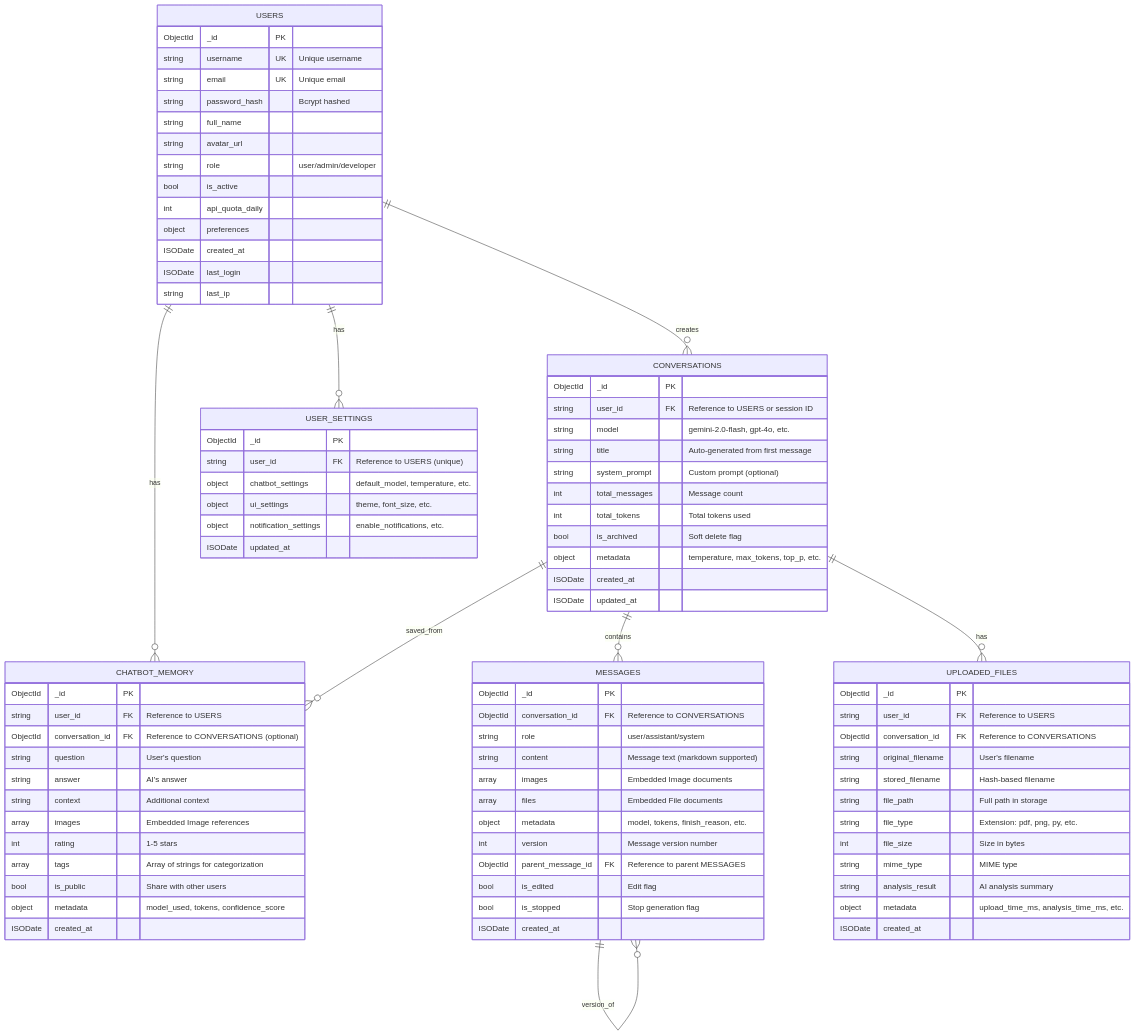
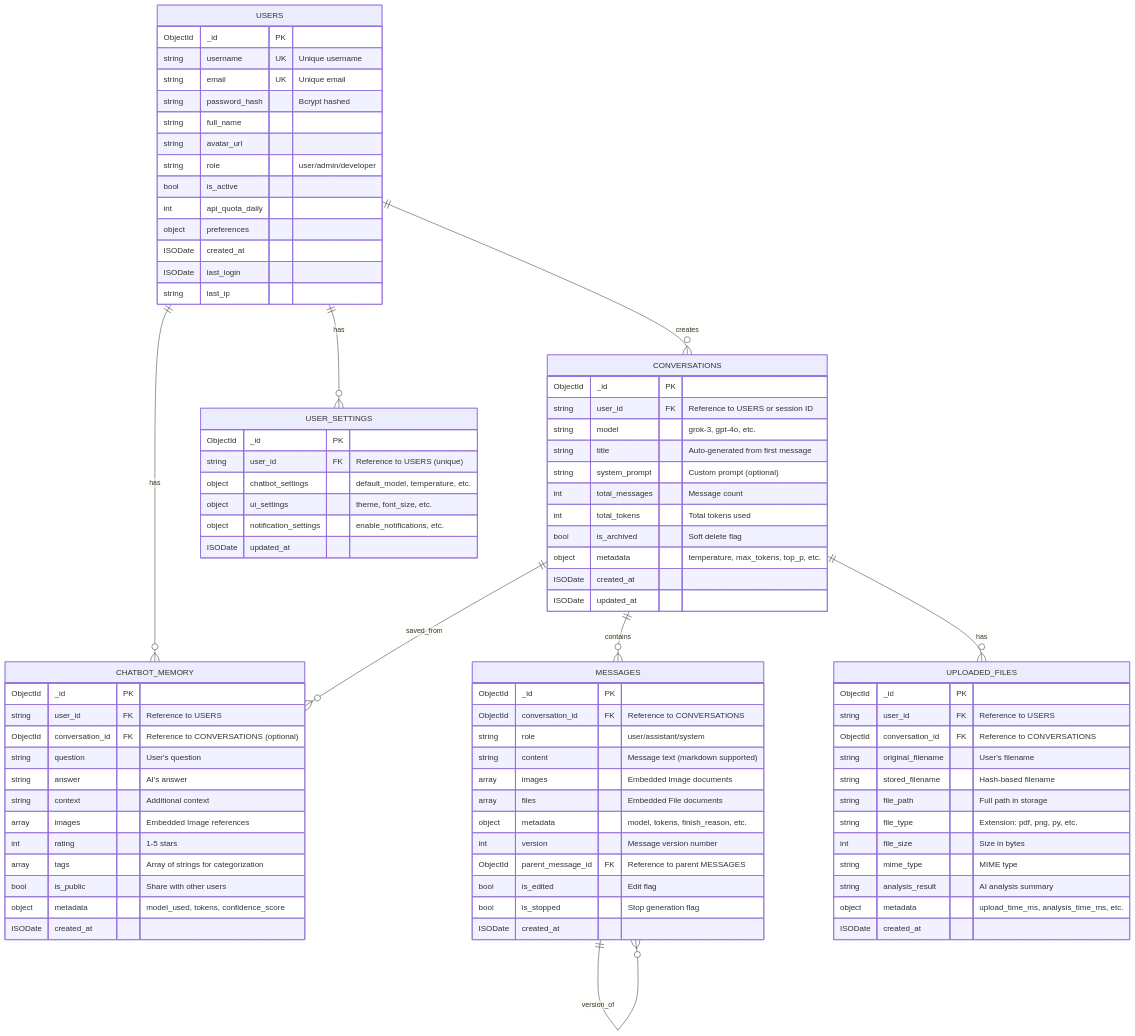
The diagram in diagram/new_docs/05_er_diagram.md (SkastVnT/AI-Assistant), drawn with Mermaid before and after one commit. The commit also changed other lines of this file and 47 other files, not shown here.

First line of the commit message:
Replace all gemini-2.0-flash references with grok-3 as default AI model

```diff
--- a/diagram/new_docs/05_er_diagram.md
+++ b/diagram/new_docs/05_er_diagram.md
@@ -60,7 +60,7 @@
     CONVERSATIONS {
         ObjectId _id PK
         string user_id FK "Reference to USERS or session ID"
-        string model "gemini-2.0-flash, gpt-4o, etc."
+        string model "grok-3, gpt-4o, etc."
         string title "Auto-generated from first message"
         string system_prompt "Custom prompt (optional)"
         int total_messages "Message count"
```
